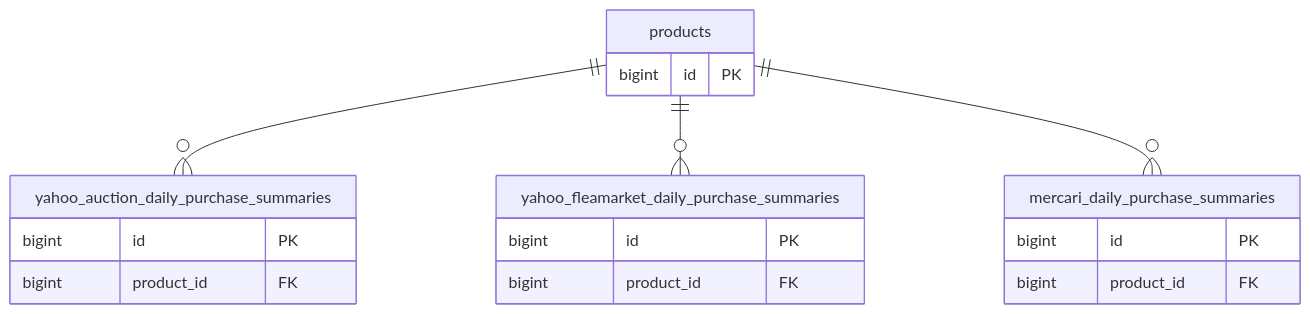
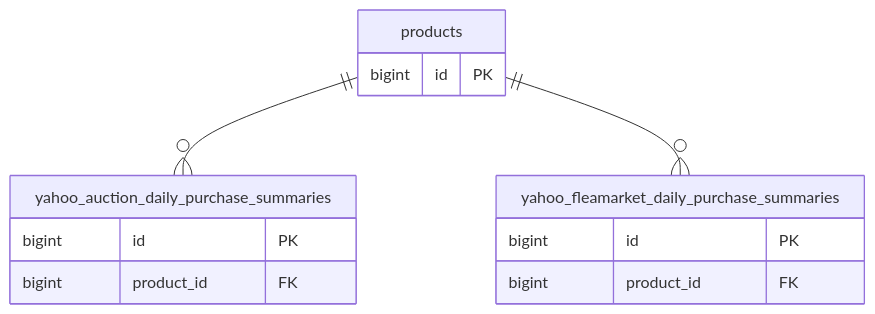
The fourth of 5 diagrams in docs/database/association.md (kuroweb/price-monitoring), drawn with Mermaid before and after one commit. The commit also changed other lines of this file and 72 other files, not shown here.

````diff
--- a/docs/database/association.md
+++ b/docs/database/association.md
@@ -120,21 +86,16 @@
 ```mermaid
 erDiagram
   products {
     bigint id PK
   }
   yahoo_auction_daily_purchase_summaries {
     bigint id PK
     bigint product_id FK
   }
   yahoo_fleamarket_daily_purchase_summaries {
     bigint id PK
     bigint product_id FK
   }
-  mercari_daily_purchase_summaries {
-    bigint id PK
-    bigint product_id FK
-  }
   products ||--o{ yahoo_auction_daily_purchase_summaries : ""
   products ||--o{ yahoo_fleamarket_daily_purchase_summaries : ""
-  products ||--o{ mercari_daily_purchase_summaries : ""
 ```
````
